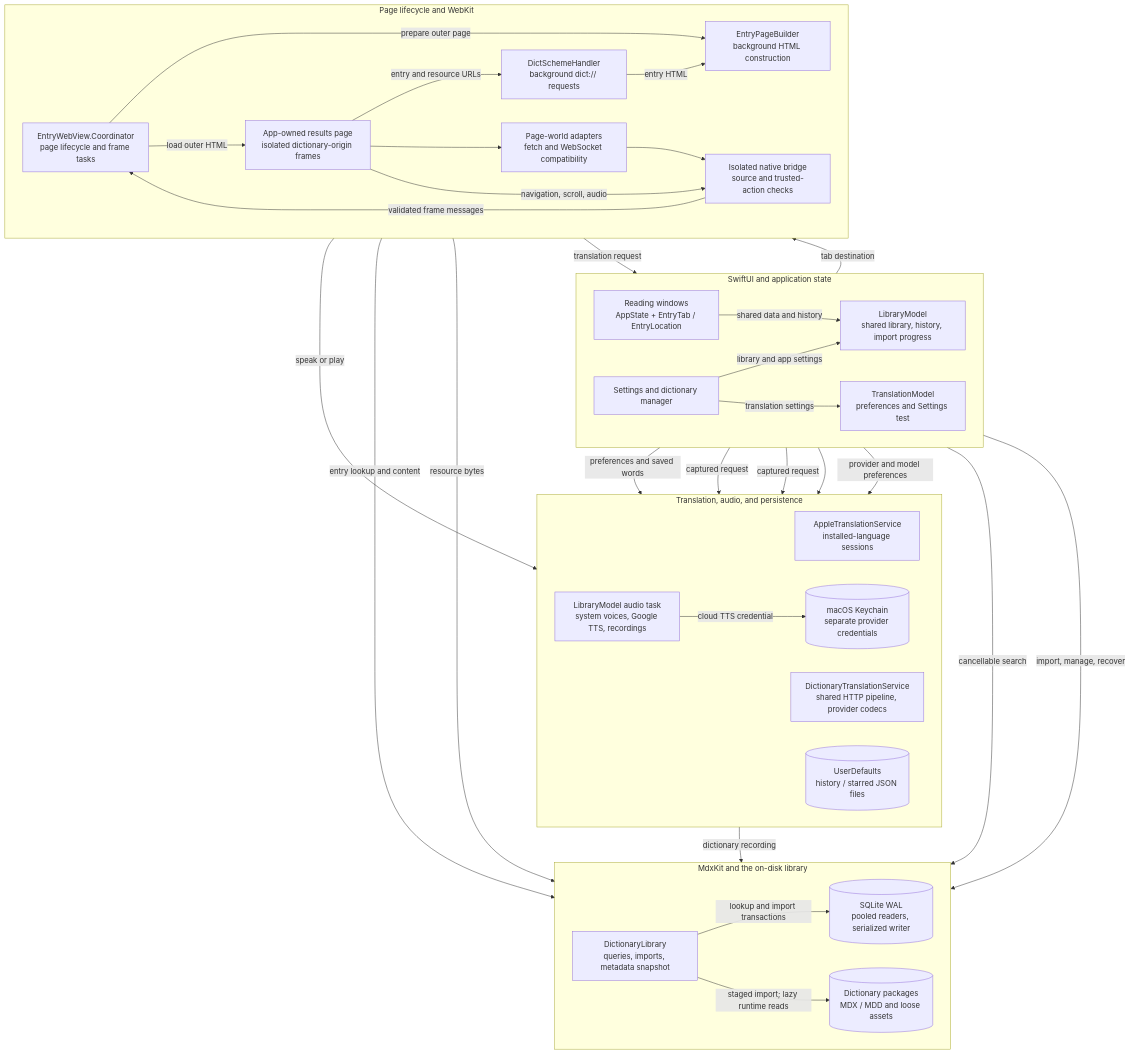
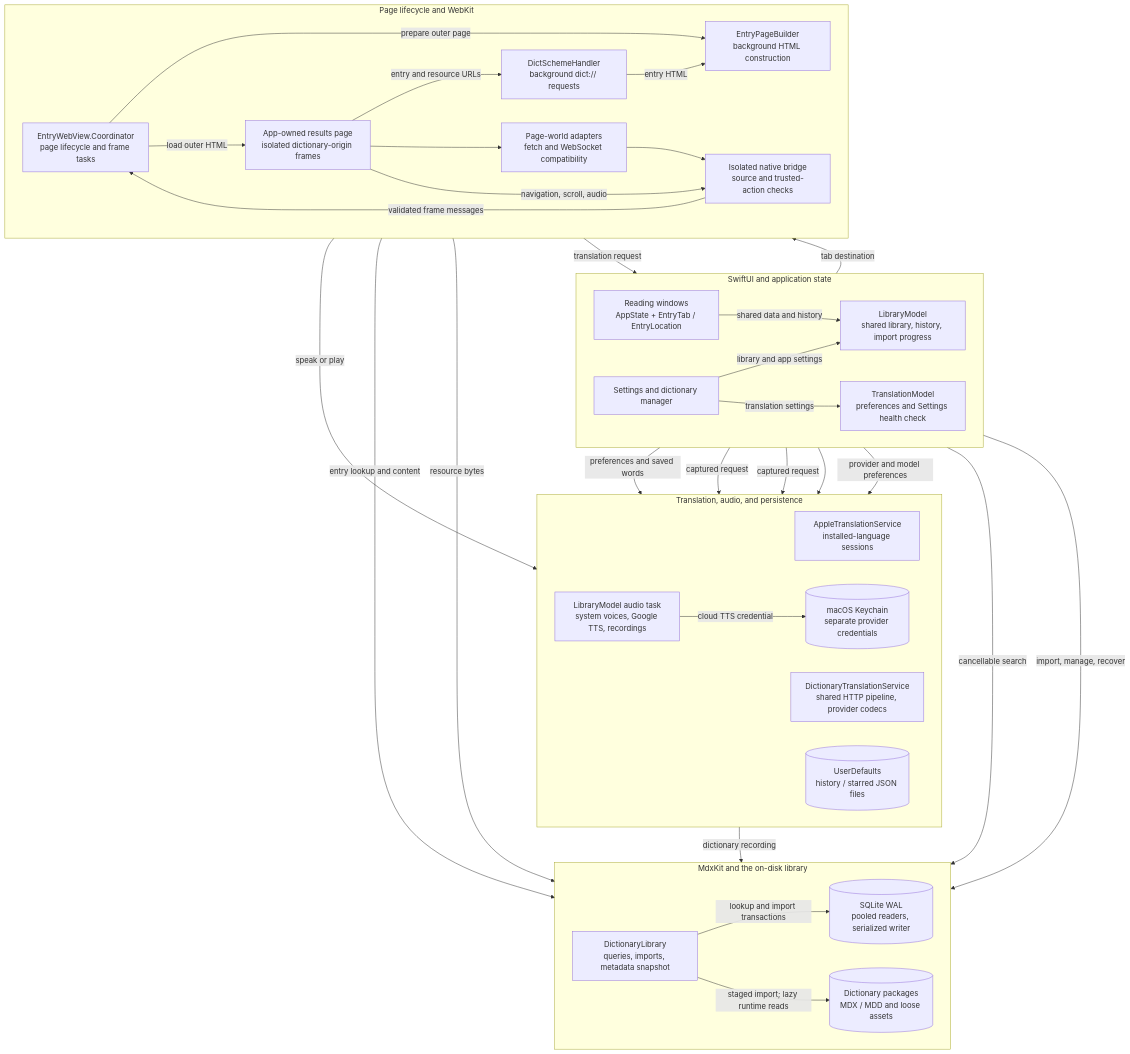
Before and after one commit to yichenzhu1/lexicon: the first of 2 diagrams in README.md, drawn with Mermaid. The commit also changed other lines of this file and 17 other files, not shown here.

````diff
--- a/README.md
+++ b/README.md
@@ -354,67 +372,67 @@
 ```mermaid
 flowchart TB
     subgraph App["SwiftUI and application state"]
         direction LR
         Window["Reading windows<br/>AppState + EntryTab / EntryLocation"]
         Settings["Settings and dictionary manager"]
         Shared["LibraryModel<br/>shared library, history, import progress"]
-        Translation["TranslationModel<br/>preferences and Settings test"]
+        Translation["TranslationModel<br/>preferences and Settings health check"]
     end
 
     subgraph Rendering["Page lifecycle and WebKit"]
         direction LR
         Coordinator["EntryWebView.Coordinator<br/>page lifecycle and frame tasks"]
         Builder["EntryPageBuilder<br/>background HTML construction"]
         Frames["App-owned results page<br/>isolated dictionary-origin frames"]
         Adapters["Page-world adapters<br/>fetch and WebSocket compatibility"]
         Bridge["Isolated native bridge<br/>source and trusted-action checks"]
         Scheme["DictSchemeHandler<br/>background dict:// requests"]
     end
 
     subgraph Data["MdxKit and the on-disk library"]
         direction LR
         Library["DictionaryLibrary<br/>queries, imports, metadata snapshot"]
         Index[("SQLite WAL<br/>pooled readers, serialized writer")]
         Packages[("Dictionary packages<br/>MDX / MDD and loose assets")]
     end
 
     subgraph Services["Translation, audio, and persistence"]
         direction LR
         Apple["AppleTranslationService<br/>installed-language sessions"]
         Cloud["DictionaryTranslationService<br/>shared HTTP pipeline, provider codecs"]
         Audio["LibraryModel audio task<br/>system voices, Google TTS, recordings"]
         Keys[("macOS Keychain<br/>separate provider credentials")]
         Preferences[("UserDefaults<br/>history / starred JSON files")]
     end
 
     Window -->|"shared data and history"| Shared
     Window -->|"cancellable search"| Library
     Window -->|"tab destination"| Coordinator
     Settings -->|"library and app settings"| Shared
     Settings -->|"translation settings"| Translation
     Shared -->|"import, manage, recover"| Library
     Shared -->|"preferences and saved words"| Preferences
 
     Coordinator -->|"prepare outer page"| Builder
     Builder -->|"entry lookup and content"| Library
     Coordinator -->|"load outer HTML"| Frames
     Frames -->|"entry and resource URLs"| Scheme
     Scheme -->|"entry HTML"| Builder
     Scheme -->|"resource bytes"| Library
     Frames --> Adapters
     Adapters --> Bridge
     Frames -->|"navigation, scroll, audio"| Bridge
     Bridge -->|"validated frame messages"| Coordinator
 
     Library -->|"lookup and import transactions"| Index
     Library -->|"staged import; lazy runtime reads"| Packages
 
     Coordinator -->|"translation request"| Translation
     Translation -->|"captured request"| Apple
     Translation -->|"captured request"| Cloud
     Translation --> Keys
     Translation -->|"provider and model preferences"| Preferences
     Coordinator -->|"speak or play"| Audio
     Audio -->|"dictionary recording"| Library
     Audio -->|"cloud TTS credential"| Keys
 ```
````
